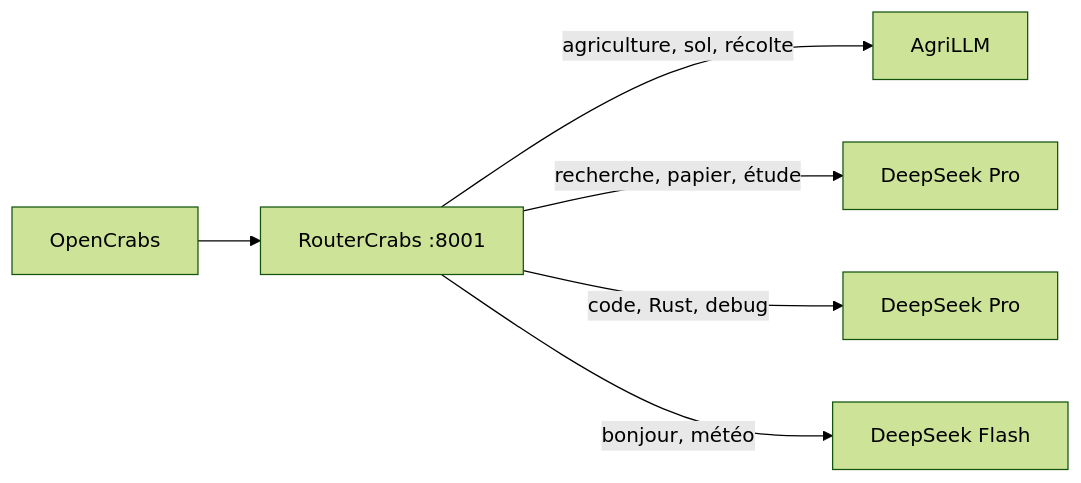
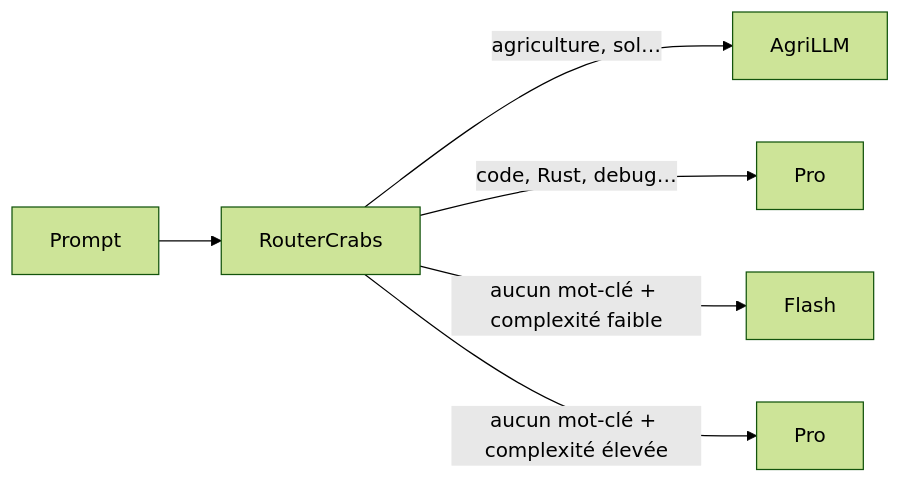
The diagram in README.md (NadLad/RouterCrabs), drawn with Mermaid (forest theme) before and after one commit. The commit also changed other lines of this file and 1 other file, not shown here.

Commit message:
docs: mise a jour README avec routage hybride, fix .env.example (RouterCrabs)

````diff
--- a/README.md
+++ b/README.md
@@ -11,8 +12,8 @@
 ```mermaid
 flowchart LR
-    A[OpenCrabs] --> B[RouterCrabs :8001]
-    B -->|"agriculture, sol, récolte"| C[AgriLLM]
-    B -->|"recherche, papier, étude"| D[DeepSeek Pro]
-    B -->|"code, Rust, debug"| E[DeepSeek Pro]
-    B -->|"bonjour, météo"| F[DeepSeek Flash]
+    A[Prompt] --> B[RouterCrabs]
+    B -->|"agriculture, sol…"| C[AgriLLM]
+    B -->|"code, Rust, debug…"| D[Pro]
+    B -->|"aucun mot-clé + complexité faible"| E[Flash]
+    B -->|"aucun mot-clé + complexité élevée"| F[Pro]
 ```
````
